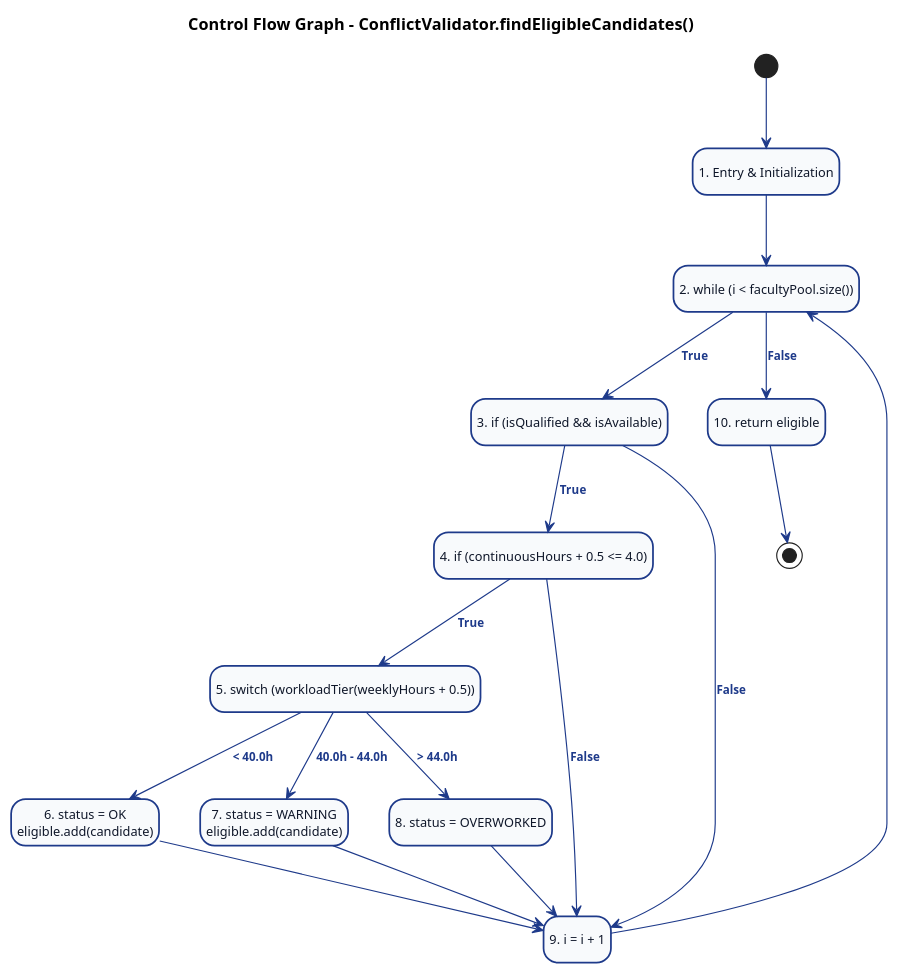
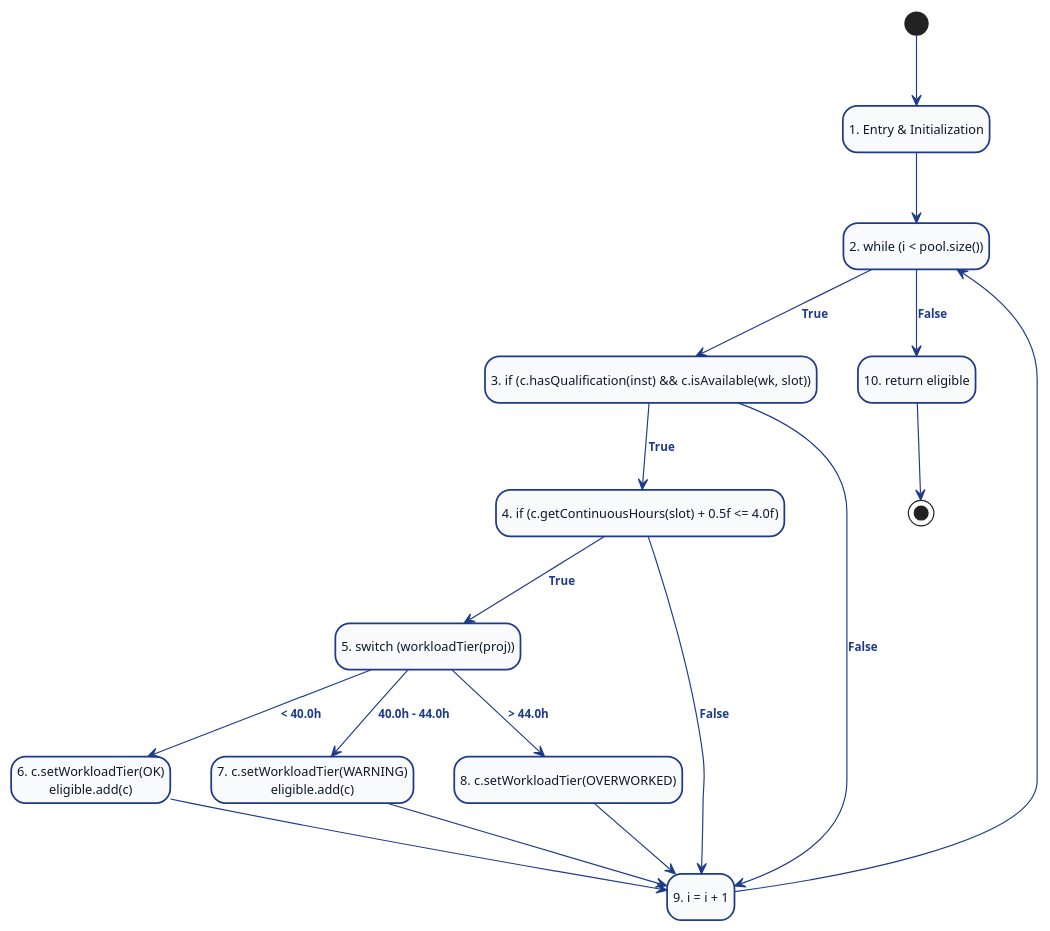
Before and after one commit to adoreblvnk/2001temp: the diagram in report/assets/m2/whitebox_cfg.puml, drawn with PlantUML. The commit also changed 31 other files, not shown here.

Commit message:
fix: inadequate class diagram

```diff
--- a/report/assets/m2/whitebox_cfg.puml
+++ b/report/assets/m2/whitebox_cfg.puml
@@ -1,52 +1,50 @@
 @startuml whitebox_cfg
 hide empty description
 skinparam shadowing false
 skinparam defaultFontName "Helvetica", "Arial", sans-serif
 skinparam defaultFontSize 11
 
 skinparam state {
     BackgroundColor #F8FAFC
     BorderColor #1E3A8A
     BorderThickness 1.5
     FontColor #0F172A
     FontSize 11
 }
 
 skinparam arrow {
     Color #1E3A8A
     FontColor #1E3A8A
     FontSize 10
     FontStyle bold
 }
 
-title Control Flow Graph - ConflictValidator.findEligibleCandidates()
-
 state "1. Entry & Initialization" as N1
-state "2. while (i < facultyPool.size())" as N2
-state "3. if (isQualified && isAvailable)" as N3
-state "4. if (continuousHours + 0.5 <= 4.0)" as N4
-state "5. switch (workloadTier(weeklyHours + 0.5))" as N5
-state "6. status = OK\neligible.add(candidate)" as N6
-state "7. status = WARNING\neligible.add(candidate)" as N7
-state "8. status = OVERWORKED" as N8
+state "2. while (i < pool.size())" as N2
+state "3. if (c.hasQualification(inst) && c.isAvailable(wk, slot))" as N3
+state "4. if (c.getContinuousHours(slot) + 0.5f <= 4.0f)" as N4
+state "5. switch (workloadTier(proj))" as N5
+state "6. c.setWorkloadTier(OK)\neligible.add(c)" as N6
+state "7. c.setWorkloadTier(WARNING)\neligible.add(c)" as N7
+state "8. c.setWorkloadTier(OVERWORKED)" as N8
 state "9. i = i + 1" as N9
 state "10. return eligible" as N10
 
 [*] --> N1
 N1 --> N2
 N2 --> N3 : True
 N2 --> N10 : False
 N3 --> N4 : True
 N3 --> N9 : False
 N4 --> N5 : True
 N4 --> N9 : False
 N5 --> N6 : < 40.0h
 N5 --> N7 : 40.0h - 44.0h
 N5 --> N8 : > 44.0h
 N6 --> N9
 N7 --> N9
 N8 --> N9
 N9 --> N2
 N10 --> [*]
 
 @enduml
```
